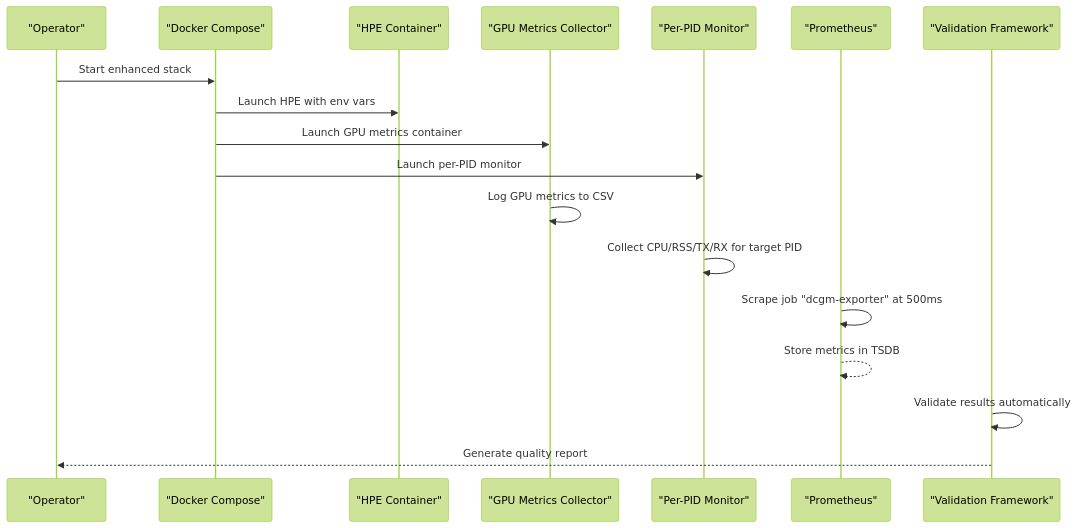
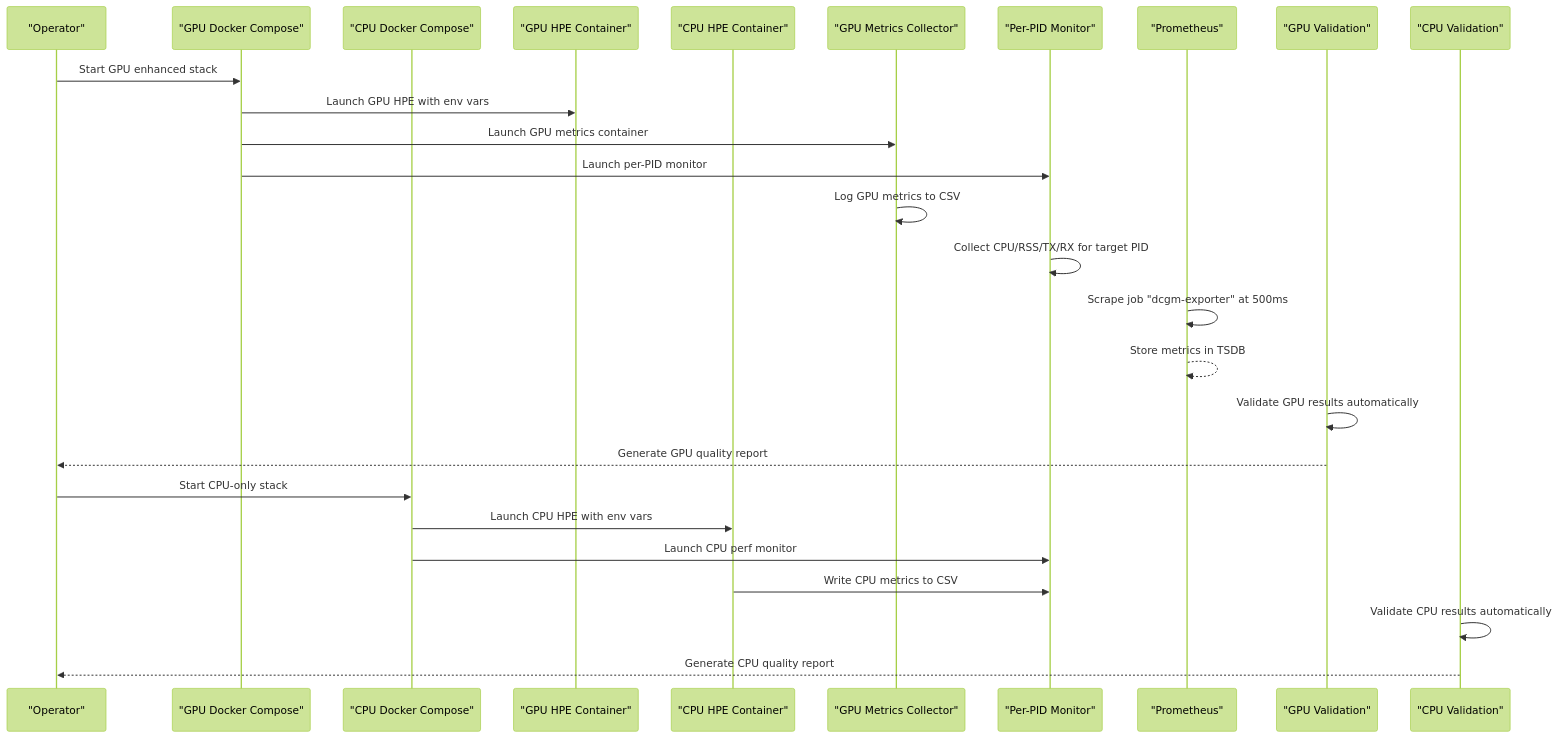
The second of 7 diagrams in .qoder/repowiki/en/content/Monitoring and Analytics/Metrics Collection.md (Fogus-Gr/MeasurementsDTs), drawn with Mermaid (forest theme) before and after one commit. The commit also changed other lines of this file and 5 other files, not shown here.

````diff
--- a/.qoder/repowiki/en/content/Monitoring and Analytics/Metrics Collection.md
+++ b/.qoder/repowiki/en/content/Monitoring and Analytics/Metrics Collection.md
@@ -122,20 +143,29 @@
 ```mermaid
 sequenceDiagram
 participant User as "Operator"
-participant DC as "Docker Compose"
-participant HPE as "HPE Container"
+participant DC_GPU as "GPU Docker Compose"
+participant DC_CPU as "CPU Docker Compose"
+participant HPE_GPU as "GPU HPE Container"
+participant HPE_CPU as "CPU HPE Container"
 participant GM as "GPU Metrics Collector"
 participant PM as "Per-PID Monitor"
 participant PR as "Prometheus"
-participant VAL as "Validation Framework"
-User->>DC : Start enhanced stack
-DC->>HPE : Launch HPE with env vars
-DC->>GM : Launch GPU metrics container
-DC->>PM : Launch per-PID monitor
+participant VAL_GPU as "GPU Validation"
+participant VAL_CPU as "CPU Validation"
+User->>DC_GPU : Start GPU enhanced stack
+DC_GPU->>HPE_GPU : Launch GPU HPE with env vars
+DC_GPU->>GM : Launch GPU metrics container
+DC_GPU->>PM : Launch per-PID monitor
 GM->>GM : Log GPU metrics to CSV
 PM->>PM : Collect CPU/RSS/TX/RX for target PID
 PR->>PR : Scrape job "dcgm-exporter" at 500ms
 PR-->>PR : Store metrics in TSDB
-VAL->>VAL : Validate results automatically
-VAL-->>User : Generate quality report
+VAL_GPU->>VAL_GPU : Validate GPU results automatically
+VAL_GPU-->>User : Generate GPU quality report
+User->>DC_CPU : Start CPU-only stack
+DC_CPU->>HPE_CPU : Launch CPU HPE with env vars
+DC_CPU->>PM : Launch CPU perf monitor
+HPE_CPU->>PM : Write CPU metrics to CSV
+VAL_CPU->>VAL_CPU : Validate CPU results automatically
+VAL_CPU-->>User : Generate CPU quality report
 ```
````
